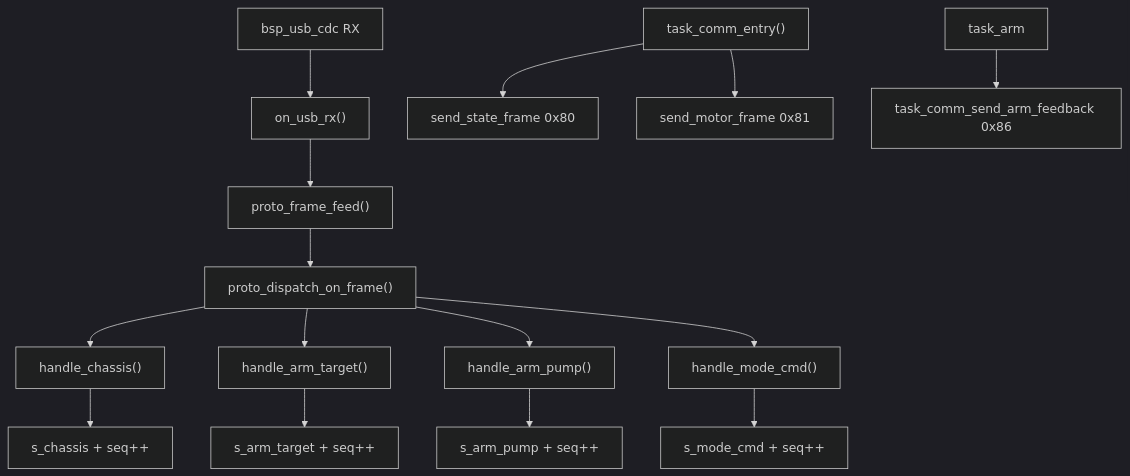
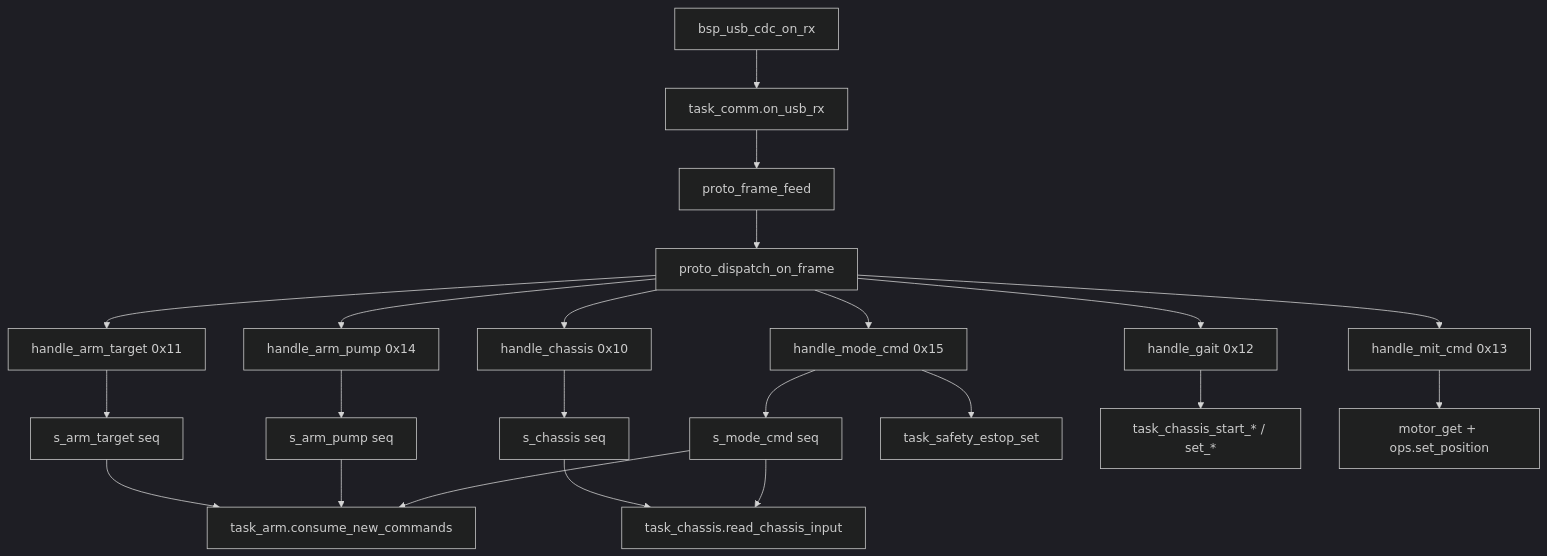
The first of 4 diagrams in docs/unified_control_code_map.md (perfectYYY/FengMH), drawn with Mermaid (dark theme) before and after one commit. The commit also changed other lines of this file and 11 other files, not shown here.

````diff
--- a/docs/unified_control_code_map.md
+++ b/docs/unified_control_code_map.md
@@ -267,18 +21,27 @@
 ```mermaid
 flowchart TD
-    USB["bsp_usb_cdc RX"] --> ONRX["on_usb_rx()"]
-    ONRX --> FEED["proto_frame_feed()"]
-    FEED --> DISPATCH["proto_dispatch_on_frame()"]
-    DISPATCH --> H10["handle_chassis()"]
-    DISPATCH --> H11["handle_arm_target()"]
-    DISPATCH --> H14["handle_arm_pump()"]
-    DISPATCH --> H15["handle_mode_cmd()"]
-    H10 --> CACHE_CH["s_chassis + seq++"]
-    H11 --> CACHE_AT["s_arm_target + seq++"]
-    H14 --> CACHE_AP["s_arm_pump + seq++"]
-    H15 --> CACHE_MODE["s_mode_cmd + seq++"]
+    USB["bsp_usb_cdc_on_rx"] --> COMM_RX["task_comm.on_usb_rx"]
+    COMM_RX --> FRAME["proto_frame_feed"]
+    FRAME --> DISPATCH["proto_dispatch_on_frame"]
 
-    TCOMM["task_comm_entry()"] --> TX80["send_state_frame 0x80"]
-    TCOMM --> TX81["send_motor_frame 0x81"]
-    ARM_FB["task_arm"] --> TX86["task_comm_send_arm_feedback 0x86"]
+    DISPATCH --> CHASSIS["handle_chassis 0x10"]
+    DISPATCH --> ARM_TARGET["handle_arm_target 0x11"]
+    DISPATCH --> GAIT["handle_gait 0x12"]
+    DISPATCH --> MIT["handle_mit_cmd 0x13"]
+    DISPATCH --> PUMP["handle_arm_pump 0x14"]
+    DISPATCH --> MODE["handle_mode_cmd 0x15"]
+
+    CHASSIS --> S_CH["s_chassis seq"]
+    ARM_TARGET --> S_AT["s_arm_target seq"]
+    PUMP --> S_AP["s_arm_pump seq"]
+    MODE --> S_MODE["s_mode_cmd seq"]
+    MODE --> ESTOP["task_safety_estop_set"]
+    GAIT --> TASK_CH_API["task_chassis_start_* / set_*"]
+    MIT --> MOTOR["motor_get + ops.set_position"]
+
+    S_CH --> TASK_CH["task_chassis.read_chassis_input"]
+    S_MODE --> TASK_CH
+    S_AT --> TASK_ARM["task_arm.consume_new_commands"]
+    S_AP --> TASK_ARM
+    S_MODE --> TASK_ARM
 ```
````
